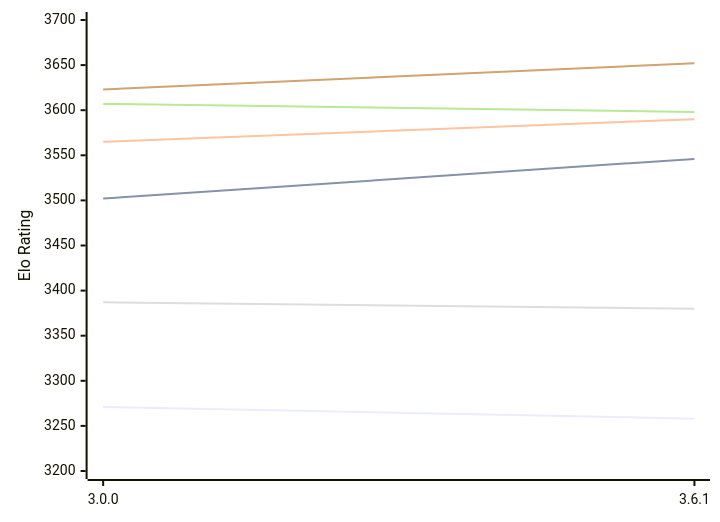
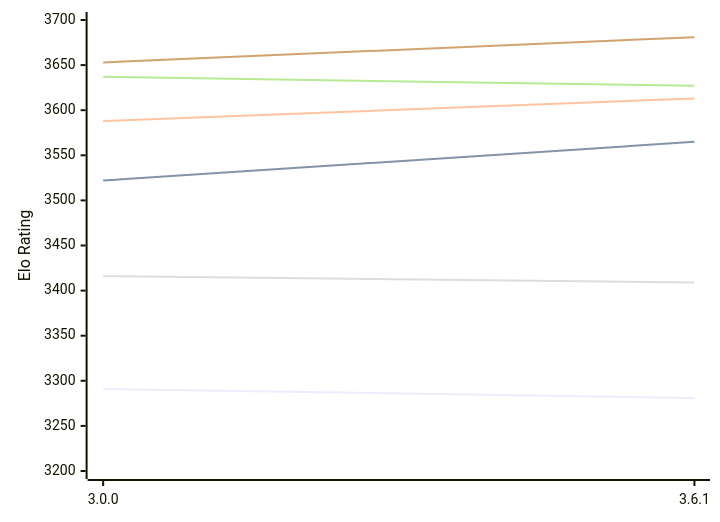
Before and after one commit to computer-chess-index/cci: the diagram in engines/Peras.md, drawn with Mermaid. The commit also changed other lines of this file, not shown here.

Commit message:
Update CCI Ratings (ELO VLTC) - 2026-10-20

````diff
--- a/engines/Peras.md
+++ b/engines/Peras.md
@@ -49,12 +49,12 @@
 ```mermaid
 %%{init: {"theme":"base","themeVariables":{"seriesColors:['#a3a3a3','#222221','#faa371']}}}%%
 xychart-beta
   x-axis ["3.0.0", "3.6.1"]
   y-axis "Elo Rating" 3200 --> 3700
-  line "E1: STC (8.0+0.08s)" [3271, 3258]
-  line "E1: LTC (60.0+0.60s)" [3502, 3546]
-  line "E1: VLTC (2m24s+1.12s)" [3565, 3590]
-  line "P1: STC (8.0+0.08s)" [3387, 3380]
-  line "P1: LTC (60.0+0.60s)" [3607, 3598]
-  line "P1: VLTC (2m24s+1.12s)" [3623, 3652]
+  line "E1: STC (8.0+0.08s)" [3291, 3281]
+  line "E1: LTC (60.0+0.60s)" [3522, 3565]
+  line "E1: VLTC (2m24s+1.12s)" [3588, 3613]
+  line "P1: STC (8.0+0.08s)" [3416, 3409]
+  line "P1: LTC (60.0+0.60s)" [3637, 3627]
+  line "P1: VLTC (2m24s+1.12s)" [3653, 3681]
 ```
````
